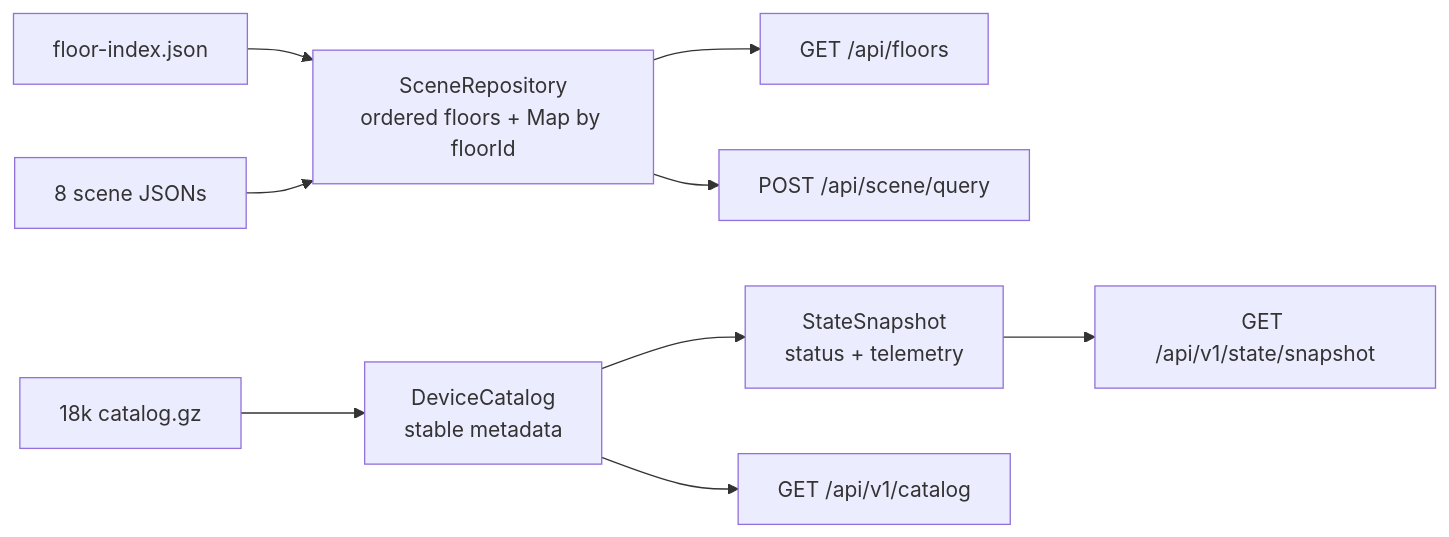
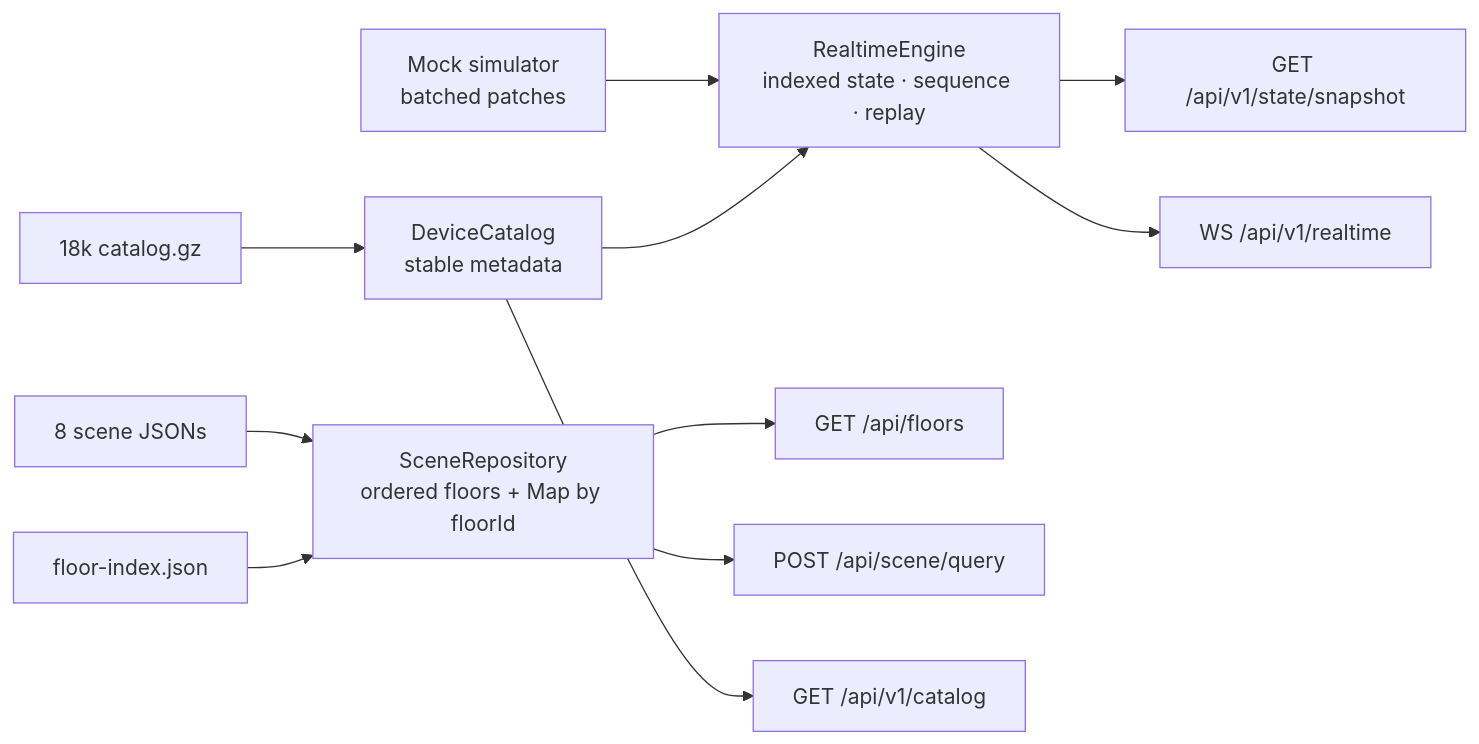
The diagram in docs/backend-architecture.md (mbob72/building-operator-demo), drawn with Mermaid before and after one commit. The commit also changed other lines of this file and 42 other files, not shown here.

Commit message:
add resilient realtime telemetry pipeline

````diff
--- a/docs/backend-architecture.md
+++ b/docs/backend-architecture.md
@@ -11,25 +11,29 @@
 ```mermaid
 flowchart LR
     FloorIndex["floor-index.json"]
     Scenes["8 scene JSONs"]
     CatalogFile["18k catalog.gz"]
 
     SceneRepo["SceneRepository<br/>ordered floors + Map by floorId"]
     CatalogRepo["DeviceCatalog<br/>stable metadata"]
-    Snapshot["StateSnapshot<br/>status + telemetry"]
+    Engine["RealtimeEngine<br/>indexed state · sequence · replay"]
+    Simulator["Mock simulator<br/>batched patches"]
 
     FloorsAPI["GET /api/floors"]
     SceneAPI["POST /api/scene/query"]
     CatalogAPI["GET /api/v1/catalog"]
     SnapshotAPI["GET /api/v1/state/snapshot"]
+    RealtimeAPI["WS /api/v1/realtime"]
 
     FloorIndex --> SceneRepo
     Scenes --> SceneRepo
     CatalogFile --> CatalogRepo
-    CatalogRepo --> Snapshot
+    CatalogRepo --> Engine
+    Simulator --> Engine
 
     SceneRepo --> FloorsAPI
     SceneRepo --> SceneAPI
     CatalogRepo --> CatalogAPI
-    Snapshot --> SnapshotAPI
+    Engine --> SnapshotAPI
+    Engine --> RealtimeAPI
 ```
````
